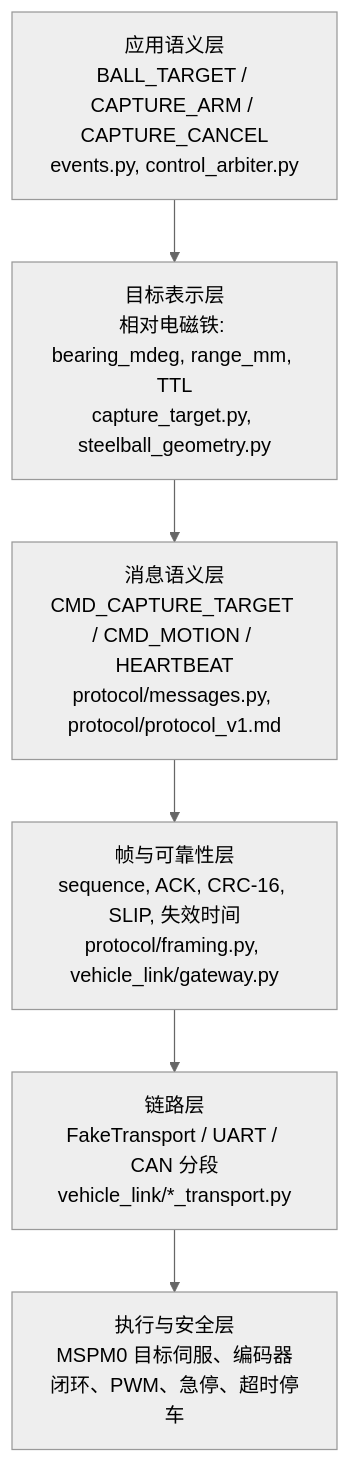
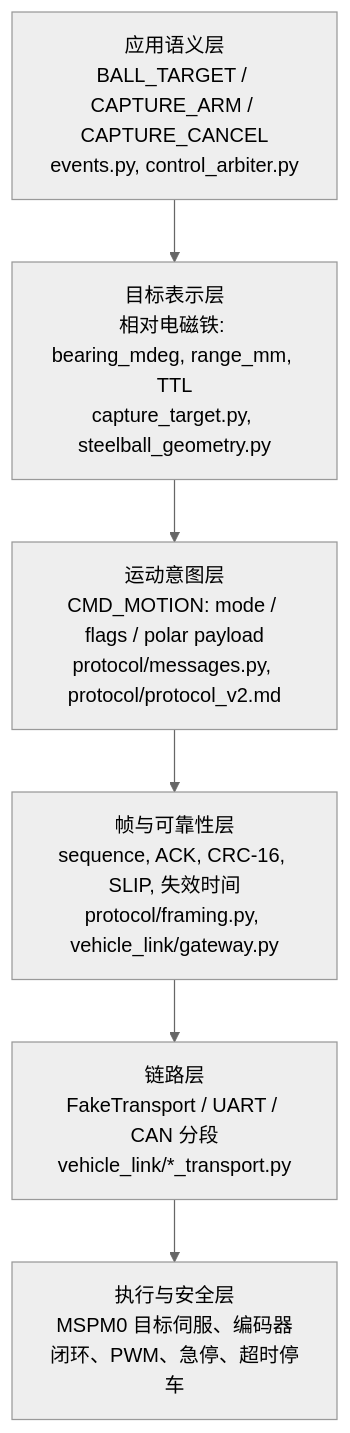
Before and after one commit to NaBCberry/robot_car: the second of 2 diagrams in docs/steelball_capture_control.md, drawn with Mermaid (neutral theme). The commit also changed other lines of this file and 5 other files, not shown here.

````diff
--- a/docs/steelball_capture_control.md
+++ b/docs/steelball_capture_control.md
@@ -71,9 +65,9 @@
 ```mermaid
 flowchart TB
     A[应用语义层<br/>BALL_TARGET / CAPTURE_ARM / CAPTURE_CANCEL<br/>events.py, control_arbiter.py] -->
     B[目标表示层<br/>相对电磁铁: bearing_mdeg, range_mm, TTL<br/>capture_target.py, steelball_geometry.py] -->
-    C[消息语义层<br/>CMD_CAPTURE_TARGET / CMD_MOTION / HEARTBEAT<br/>protocol/messages.py, protocol/protocol_v1.md] -->
+    C[运动意图层<br/>CMD_MOTION: mode / flags / polar payload<br/>protocol/messages.py, protocol/protocol_v2.md] -->
     D[帧与可靠性层<br/>sequence, ACK, CRC-16, SLIP, 失效时间<br/>protocol/framing.py, vehicle_link/gateway.py] -->
     E[链路层<br/>FakeTransport / UART / CAN 分段<br/>vehicle_link/*_transport.py] -->
     F[执行与安全层<br/>MSPM0 目标伺服、编码器闭环、PWM、急停、超时停车]
 ```
````
